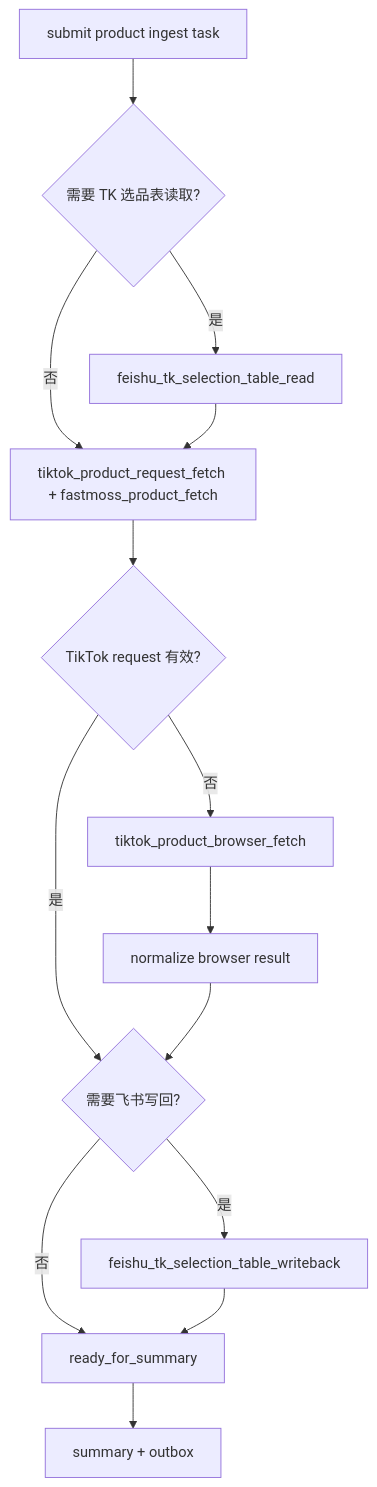
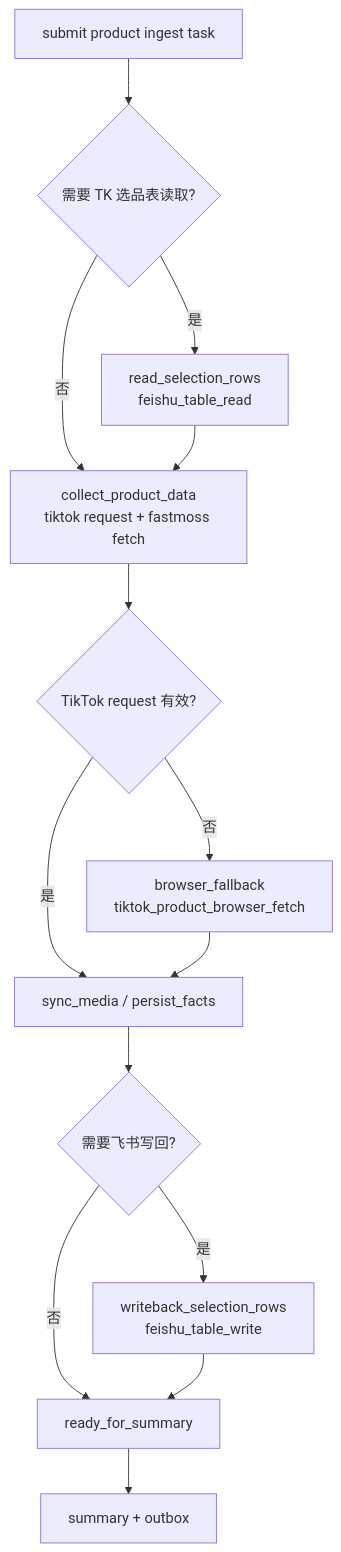
One commit to knighterrantsky/mujitask changed the sixth of 6 diagrams in docs/arch/workflow-redesign-review.md. Above: the diagram before and after it, drawn with Mermaid. The commit also changed other lines of this file and 53 other files, not shown here.

````diff
--- a/docs/arch/workflow-redesign-review.md
+++ b/docs/arch/workflow-redesign-review.md
@@ -396,16 +563,16 @@
 ```mermaid
 flowchart TD
     A["submit product ingest task"] --> B{"需要 TK 选品表读取?"}
-    B -->|是| C["feishu_tk_selection_table_read"]
-    B -->|否| D["tiktok_product_request_fetch + fastmoss_product_fetch"]
+    B -->|是| C["read_selection_rows<br/>feishu_table_read"]
+    B -->|否| D["collect_product_data<br/>tiktok request + fastmoss fetch"]
     C --> D
     D --> E{"TikTok request 有效?"}
-    E -->|否| F["tiktok_product_browser_fetch"]
-    F --> G["normalize browser result"]
-    E -->|是| H{"需要飞书写回?"}
-    G --> H
-    H -->|是| I["feishu_tk_selection_table_writeback"]
+    E -->|否| F["browser_fallback<br/>tiktok_product_browser_fetch"]
+    E -->|是| G["sync_media / persist_facts"]
+    F --> G
+    G --> H{"需要飞书写回?"}
+    H -->|是| I["writeback_selection_rows<br/>feishu_table_write"]
     H -->|否| J["ready_for_summary"]
     I --> J
     J --> K["summary + outbox"]
 ```
````
